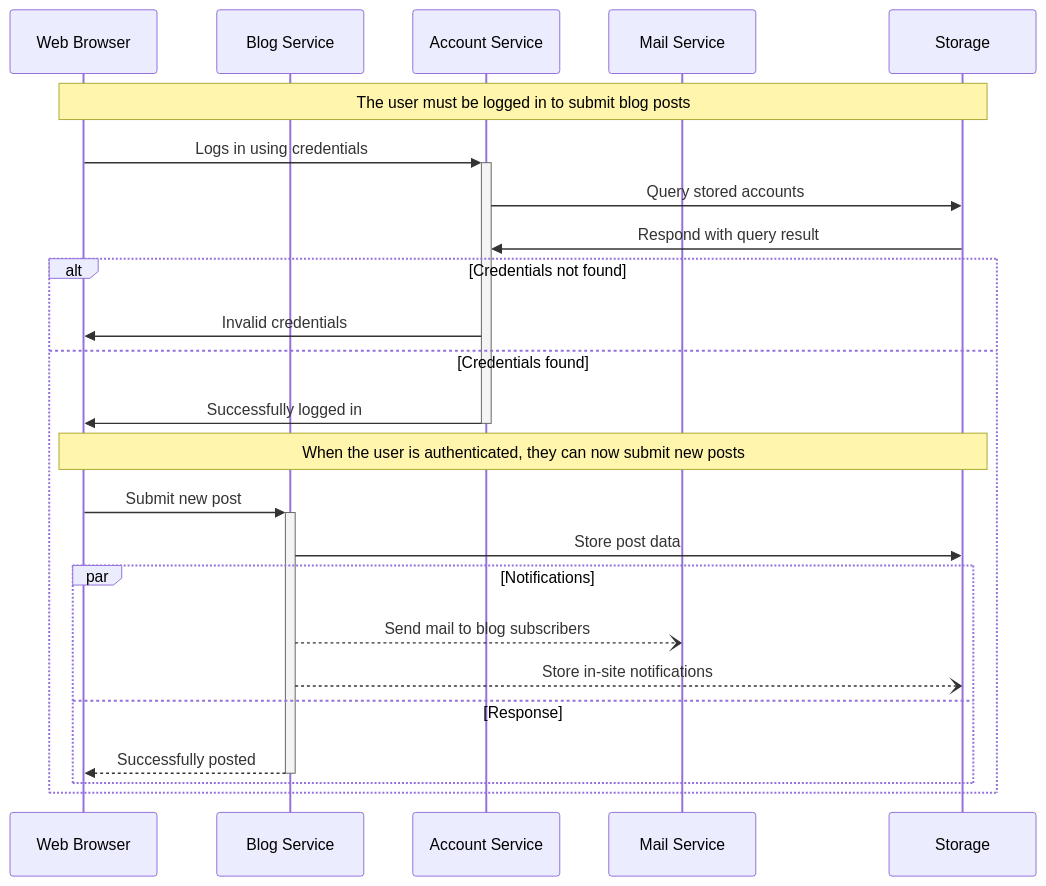
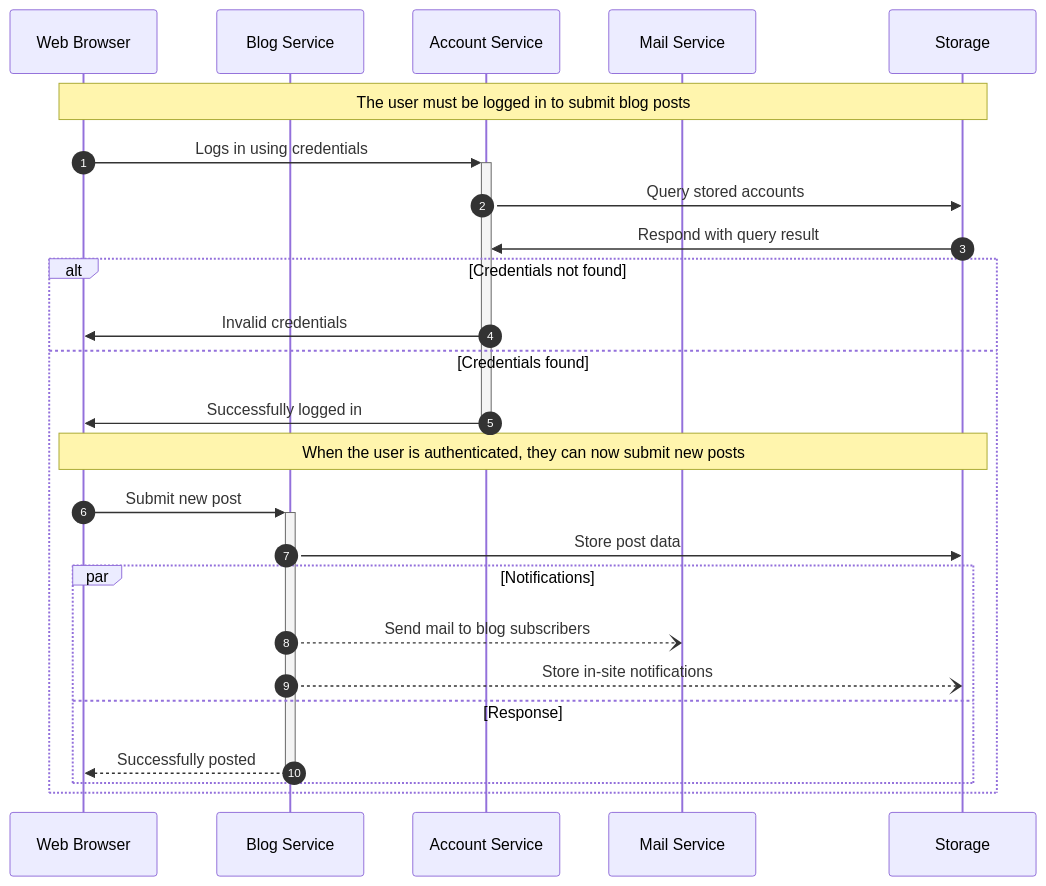
Before and after one commit to Kuziomkin/diagrams: the fourth of 4 diagrams in erd_example.md, drawn with Mermaid.

````diff
--- a/erd_example.md
+++ b/erd_example.md
@@ -50,30 +50,31 @@
 ```mermaid
     sequenceDiagram
+        autonumber
         participant web as Web Browser
         participant blog as Blog Service
         participant account as Account Service
         participant mail as Mail Service
         participant db as Storage
     
         Note over web,db: The user must be logged in to submit blog posts
         web->>+account: Logs in using credentials
         account->>db: Query stored accounts
         db->>account: Respond with query result
     
         alt Credentials not found
             account->>web: Invalid credentials
         else Credentials found
             account->>-web: Successfully logged in
     
             Note over web,db: When the user is authenticated, they can now submit new posts
             web->>+blog: Submit new post
             blog->>db: Store post data
     
             par Notifications
                 blog--)mail: Send mail to blog subscribers
                 blog--)db: Store in-site notifications
             and Response
                 blog-->>-web: Successfully posted
             end
         end
 ```
````
